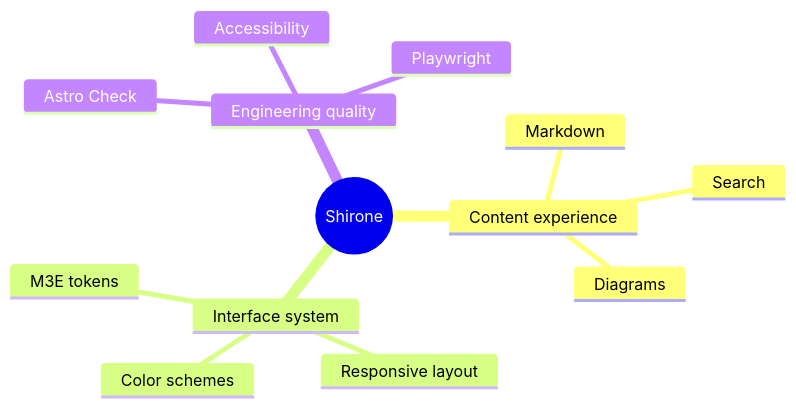
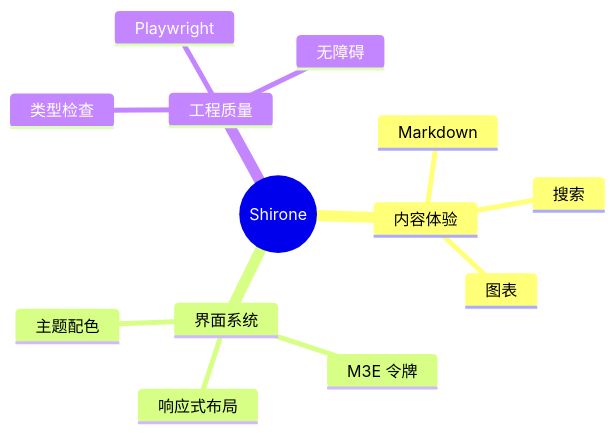
One commit to ynx-official/Shirone changed the ninth of 14 diagrams in nuxt4/content/posts/markdown-mermaid.md. Above: the diagram before and after it, drawn with Mermaid. The commit also changed other lines of this file and 99 other files, not shown here.

````diff
--- a/nuxt4/content/posts/markdown-mermaid.md
+++ b/nuxt4/content/posts/markdown-mermaid.md
@@ -191,16 +180,16 @@
 ```mermaid
 mindmap
   root((Shirone))
-    Content experience
+    内容体验
       Markdown
-      Search
-      Diagrams
-    Interface system
-      M3E tokens
-      Responsive layout
-      Color schemes
-    Engineering quality
-      Astro Check
+      搜索
+      图表
+    界面系统
+      M3E 令牌
+      响应式布局
+      主题配色
+    工程质量
+      类型检查
       Playwright
-      Accessibility
+      无障碍
 ```
````
